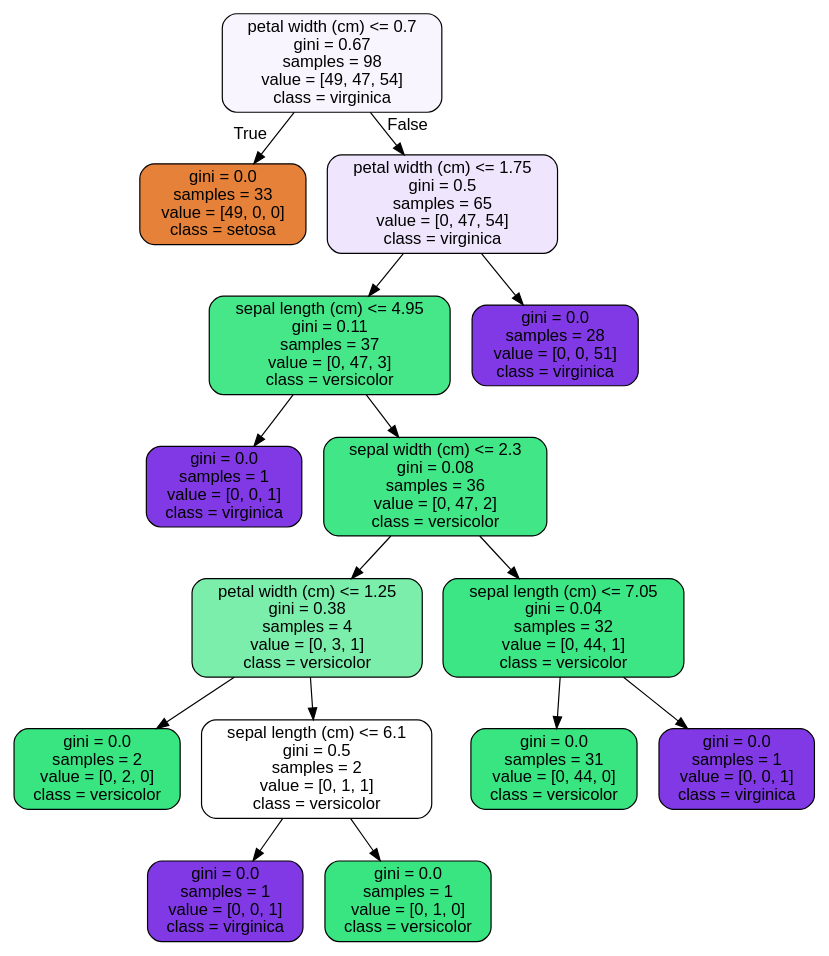
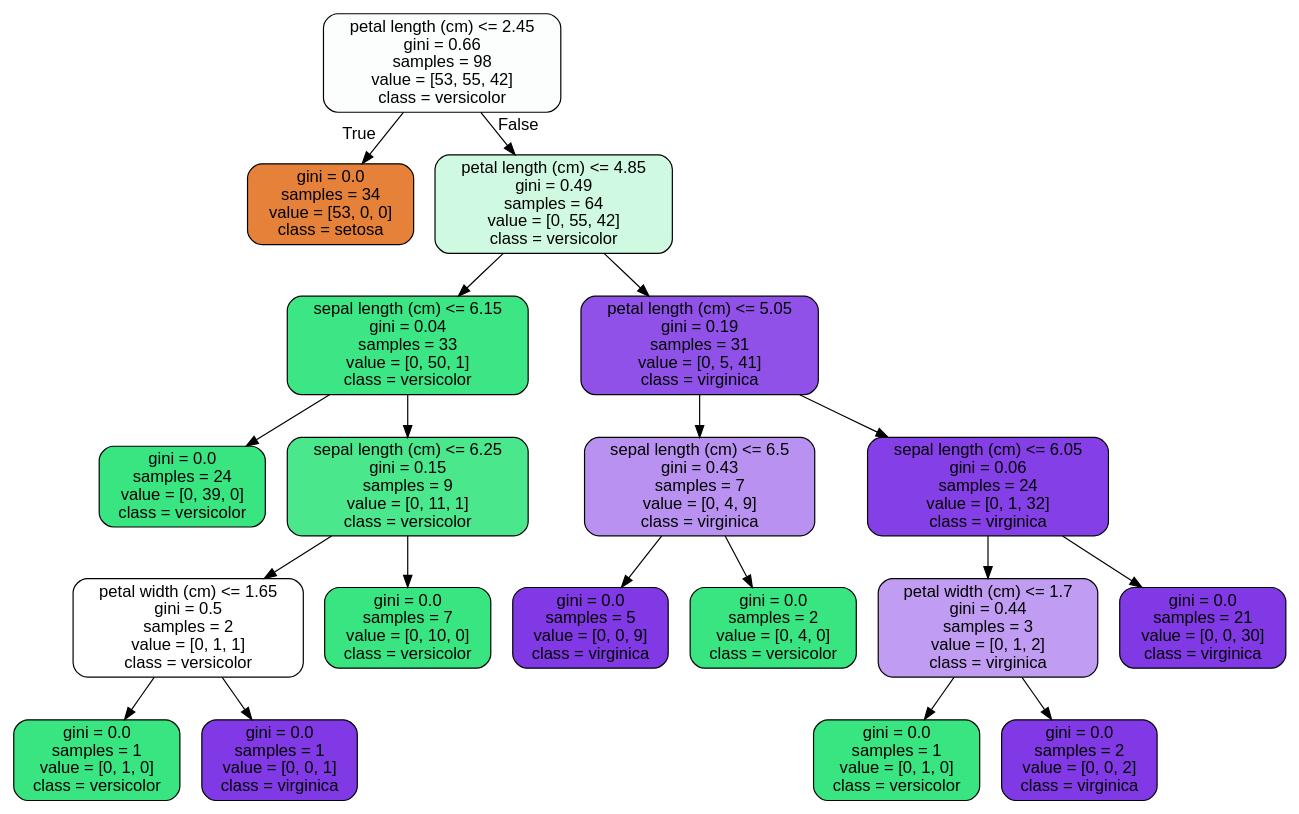
One commit to willkchan/Random-Forest-Covid-Cases-Practice changed the diagram in tree.dot. Above: the diagram before and after it, drawn with Graphviz. The commit also changed 2 other files, not shown here.

```diff
--- a/tree.dot
+++ b/tree.dot
@@ -1,33 +1,41 @@
 digraph Tree {
 node [shape=box, style="filled, rounded", color="black", fontname=helvetica] ;
 edge [fontname=helvetica] ;
-0 [label="petal width (cm) <= 0.7\ngini = 0.67\nsamples = 98\nvalue = [49, 47, 54]\nclass = virginica", fillcolor="#f9f5fe"] ;
-1 [label="gini = 0.0\nsamples = 33\nvalue = [49, 0, 0]\nclass = setosa", fillcolor="#e58139"] ;
+0 [label="petal length (cm) <= 2.45\ngini = 0.66\nsamples = 98\nvalue = [53, 55, 42]\nclass = versicolor", fillcolor="#fbfefc"] ;
+1 [label="gini = 0.0\nsamples = 34\nvalue = [53, 0, 0]\nclass = setosa", fillcolor="#e58139"] ;
 0 -> 1 [labeldistance=2.5, labelangle=45, headlabel="True"] ;
-2 [label="petal width (cm) <= 1.75\ngini = 0.5\nsamples = 65\nvalue = [0, 47, 54]\nclass = virginica", fillcolor="#efe5fc"] ;
+2 [label="petal length (cm) <= 4.85\ngini = 0.49\nsamples = 64\nvalue = [0, 55, 42]\nclass = versicolor", fillcolor="#d0f9e1"] ;
 0 -> 2 [labeldistance=2.5, labelangle=-45, headlabel="False"] ;
-3 [label="sepal length (cm) <= 4.95\ngini = 0.11\nsamples = 37\nvalue = [0, 47, 3]\nclass = versicolor", fillcolor="#46e789"] ;
+3 [label="sepal length (cm) <= 6.15\ngini = 0.04\nsamples = 33\nvalue = [0, 50, 1]\nclass = versicolor", fillcolor="#3de684"] ;
 2 -> 3 ;
-4 [label="gini = 0.0\nsamples = 1\nvalue = [0, 0, 1]\nclass = virginica", fillcolor="#8139e5"] ;
+4 [label="gini = 0.0\nsamples = 24\nvalue = [0, 39, 0]\nclass = versicolor", fillcolor="#39e581"] ;
 3 -> 4 ;
-5 [label="sepal width (cm) <= 2.3\ngini = 0.08\nsamples = 36\nvalue = [0, 47, 2]\nclass = versicolor", fillcolor="#41e686"] ;
+5 [label="sepal length (cm) <= 6.25\ngini = 0.15\nsamples = 9\nvalue = [0, 11, 1]\nclass = versicolor", fillcolor="#4be78c"] ;
 3 -> 5 ;
-6 [label="petal width (cm) <= 1.25\ngini = 0.38\nsamples = 4\nvalue = [0, 3, 1]\nclass = versicolor", fillcolor="#7beeab"] ;
+6 [label="petal width (cm) <= 1.65\ngini = 0.5\nsamples = 2\nvalue = [0, 1, 1]\nclass = versicolor", fillcolor="#ffffff"] ;
 5 -> 6 ;
-7 [label="gini = 0.0\nsamples = 2\nvalue = [0, 2, 0]\nclass = versicolor", fillcolor="#39e581"] ;
+7 [label="gini = 0.0\nsamples = 1\nvalue = [0, 1, 0]\nclass = versicolor", fillcolor="#39e581"] ;
 6 -> 7 ;
-8 [label="sepal length (cm) <= 6.1\ngini = 0.5\nsamples = 2\nvalue = [0, 1, 1]\nclass = versicolor", fillcolor="#ffffff"] ;
+8 [label="gini = 0.0\nsamples = 1\nvalue = [0, 0, 1]\nclass = virginica", fillcolor="#8139e5"] ;
 6 -> 8 ;
-9 [label="gini = 0.0\nsamples = 1\nvalue = [0, 0, 1]\nclass = virginica", fillcolor="#8139e5"] ;
-8 -> 9 ;
-10 [label="gini = 0.0\nsamples = 1\nvalue = [0, 1, 0]\nclass = versicolor", fillcolor="#39e581"] ;
-8 -> 10 ;
-11 [label="sepal length (cm) <= 7.05\ngini = 0.04\nsamples = 32\nvalue = [0, 44, 1]\nclass = versicolor", fillcolor="#3de684"] ;
-5 -> 11 ;
-12 [label="gini = 0.0\nsamples = 31\nvalue = [0, 44, 0]\nclass = versicolor", fillcolor="#39e581"] ;
+9 [label="gini = 0.0\nsamples = 7\nvalue = [0, 10, 0]\nclass = versicolor", fillcolor="#39e581"] ;
+5 -> 9 ;
+10 [label="petal length (cm) <= 5.05\ngini = 0.19\nsamples = 31\nvalue = [0, 5, 41]\nclass = virginica", fillcolor="#9051e8"] ;
+2 -> 10 ;
+11 [label="sepal length (cm) <= 6.5\ngini = 0.43\nsamples = 7\nvalue = [0, 4, 9]\nclass = virginica", fillcolor="#b991f1"] ;
+10 -> 11 ;
+12 [label="gini = 0.0\nsamples = 5\nvalue = [0, 0, 9]\nclass = virginica", fillcolor="#8139e5"] ;
 11 -> 12 ;
-13 [label="gini = 0.0\nsamples = 1\nvalue = [0, 0, 1]\nclass = virginica", fillcolor="#8139e5"] ;
+13 [label="gini = 0.0\nsamples = 2\nvalue = [0, 4, 0]\nclass = versicolor", fillcolor="#39e581"] ;
 11 -> 13 ;
-14 [label="gini = 0.0\nsamples = 28\nvalue = [0, 0, 51]\nclass = virginica", fillcolor="#8139e5"] ;
-2 -> 14 ;
+14 [label="sepal length (cm) <= 6.05\ngini = 0.06\nsamples = 24\nvalue = [0, 1, 32]\nclass = virginica", fillcolor="#853fe6"] ;
+10 -> 14 ;
+15 [label="petal width (cm) <= 1.7\ngini = 0.44\nsamples = 3\nvalue = [0, 1, 2]\nclass = virginica", fillcolor="#c09cf2"] ;
+14 -> 15 ;
+16 [label="gini = 0.0\nsamples = 1\nvalue = [0, 1, 0]\nclass = versicolor", fillcolor="#39e581"] ;
+15 -> 16 ;
+17 [label="gini = 0.0\nsamples = 2\nvalue = [0, 0, 2]\nclass = virginica", fillcolor="#8139e5"] ;
+15 -> 17 ;
+18 [label="gini = 0.0\nsamples = 21\nvalue = [0, 0, 30]\nclass = virginica", fillcolor="#8139e5"] ;
+14 -> 18 ;
 }
```
